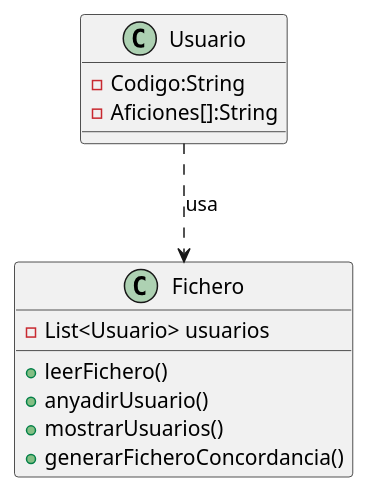
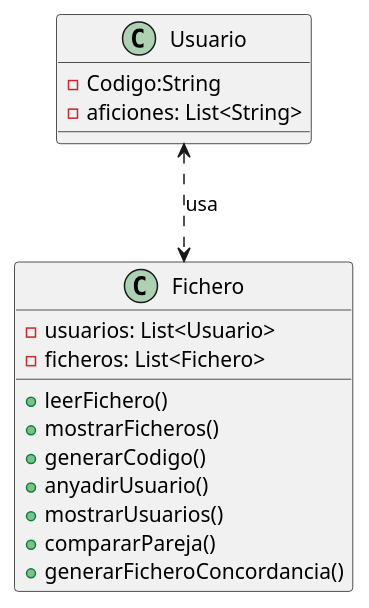
Before and after one commit to Jorgge22/Ficheros: the diagram in diseno.puml, drawn with PlantUML.

Commit message:
Mejoras en el diseño

```diff
--- a/diseno.puml
+++ b/diseno.puml
@@ -1,17 +1,21 @@
 @startuml ficheros
 class Usuario {
     - Codigo:String
-    - Aficiones[]:String
+    - aficiones: List<String>
 }
 
 class Fichero {
-    - List<Usuario> usuarios
+    - usuarios: List<Usuario>
+    - ficheros: List<Fichero>
 
     + leerFichero()
+    + mostrarFicheros()
+    + generarCodigo()
     + anyadirUsuario()
     + mostrarUsuarios()
+    + compararPareja()
     + generarFicheroConcordancia()
 }
 
-Usuario ..> Fichero : usa
+Usuario <..> Fichero : usa
 @enduml
```
